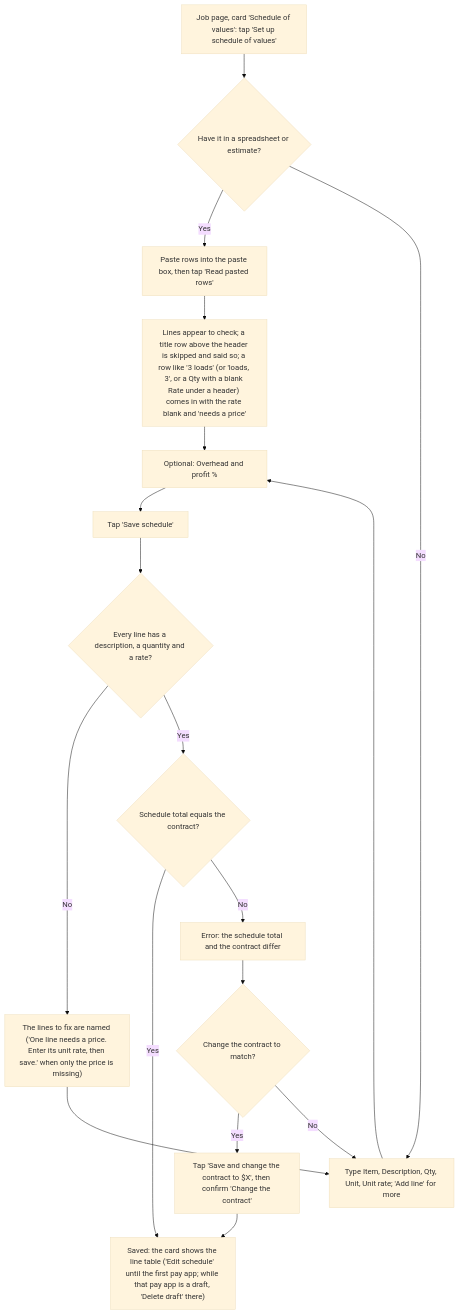
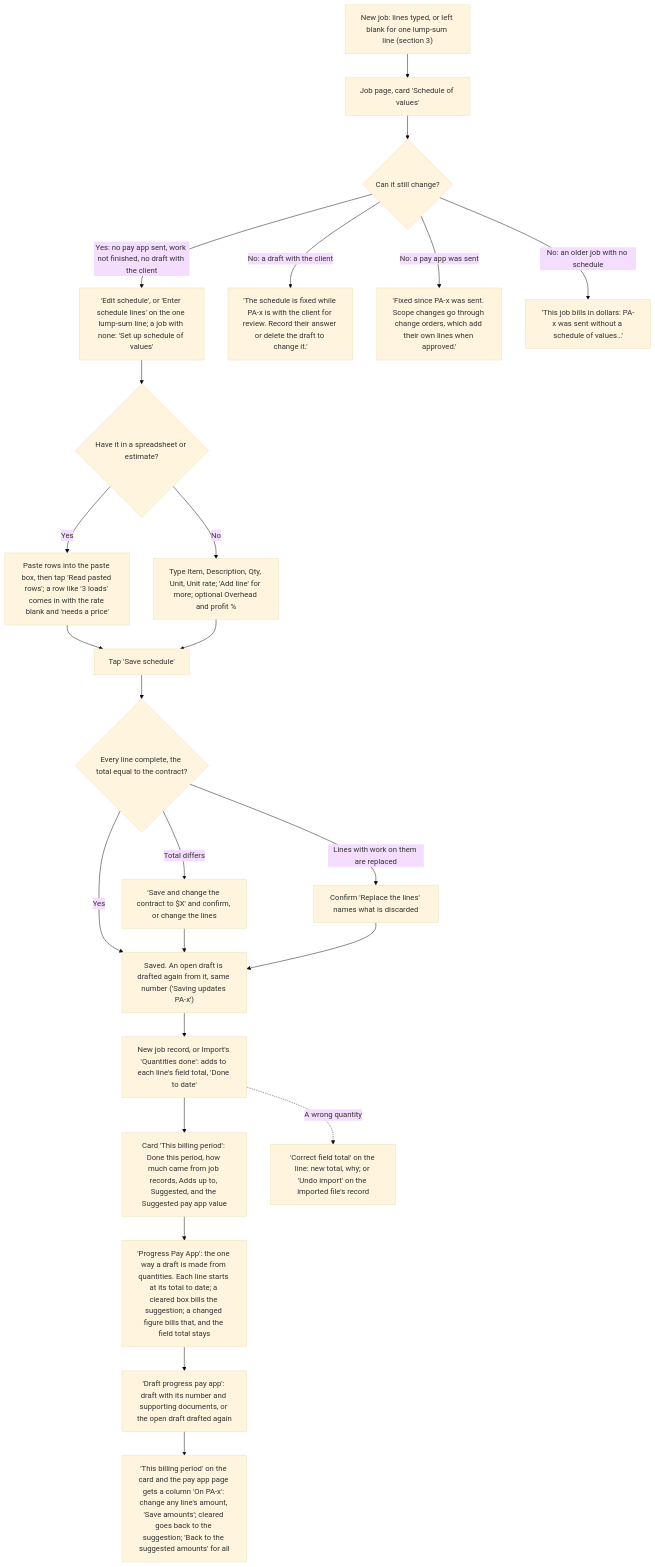
Before and after one commit to cartwrightstephen/billdable: the fourth of 18 diagrams in docs/client-flows.md, drawn with Mermaid (base theme). The commit also changed other lines of this file and 2 other files, not shown here.

First line of the commit message:
Docs brought up to the Nov 3 overhaul: flows, README, manual test

````diff
--- a/docs/client-flows.md
+++ b/docs/client-flows.md
@@ -166,20 +175,26 @@
 ```mermaid
 flowchart TD
-    A["Job page, card 'Schedule of values': tap 'Set up schedule of values'"] --> B{"Have it in a spreadsheet or estimate?"}
-    B -->|"Yes"| C["Paste rows into the paste box, then tap 'Read pasted rows'"]
-    C --> D["Lines appear to check; a title row above the header is skipped and said so; a row like '3 loads' (or 'loads, 3', or a Qty with a blank Rate under a header) comes in with the rate blank and 'needs a price'"]
-    B -->|"No"| E["Type Item, Description, Qty, Unit, Unit rate; 'Add line' for more"]
-    D --> F["Optional: Overhead and profit %"]
-    E --> F
-    F --> G["Tap 'Save schedule'"]
-    G --> H{"Every line has a description, a quantity and a rate?"}
-    H -->|"No"| I["The lines to fix are named ('One line needs a price. Enter its unit rate, then save.' when only the price is missing)"]
-    I --> E
-    H -->|"Yes"| J{"Schedule total equals the contract?"}
-    J -->|"Yes"| K["Saved: the card shows the line table ('Edit schedule' until the first pay app; while that pay app is a draft, 'Delete draft' there)"]
-    J -->|"No"| L["Error: the schedule total and the contract differ"]
-    L --> M{"Change the contract to match?"}
-    M -->|"Yes"| N["Tap 'Save and change the contract to $X', then confirm 'Change the contract'"]
-    M -->|"No"| E
-    N --> K
+    N["New job: lines typed, or left blank for one lump-sum line (section 3)"] --> A["Job page, card 'Schedule of values'"]
+    A --> B{"Can it still change?"}
+    B -->|"Yes: no pay app sent, work not finished, no draft with the client"| B1["'Edit schedule', or 'Enter schedule lines' on the one lump-sum line; a job with none: 'Set up schedule of values'"]
+    B1 --> B2{"Have it in a spreadsheet or estimate?"}
+    B2 -->|"Yes"| C["Paste rows into the paste box, then tap 'Read pasted rows'; a row like '3 loads' comes in with the rate blank and 'needs a price'"]
+    B2 -->|"No"| E["Type Item, Description, Qty, Unit, Unit rate; 'Add line' for more; optional Overhead and profit %"]
+    C --> G
+    E --> G["Tap 'Save schedule'"]
+    G --> H{"Every line complete, the total equal to the contract?"}
+    H -->|"Total differs"| M["'Save and change the contract to $X' and confirm, or change the lines"]
+    H -->|"Lines with work on them are replaced"| L["Confirm 'Replace the lines' names what is discarded"]
+    H -->|"Yes"| K["Saved. An open draft is drafted again from it, same number ('Saving updates PA-x')"]
+    M --> K
+    L --> K
+    B -->|"No: a draft with the client"| B3["'The schedule is fixed while PA-x is with the client for review. Record their answer or delete the draft to change it.'"]
+    B -->|"No: a pay app was sent"| B4["'Fixed since PA-x was sent. Scope changes go through change orders, which add their own lines when approved.'"]
+    B -->|"No: an older job with no schedule"| B5["'This job bills in dollars: PA-x was sent without a schedule of values…'"]
+    K --> F1["New job record, or Import's 'Quantities done': adds to each line's field total, 'Done to date'"]
+    F1 --> P["Card 'This billing period': Done this period, how much came from job records, Adds up to, Suggested, and the Suggested pay app value"]
+    F1 -.->|"A wrong quantity"| FX["'Correct field total' on the line: new total, why; or 'Undo import' on the imported file's record"]
+    P --> D["'Progress Pay App': the one way a draft is made from quantities. Each line starts at its total to date; a cleared box bills the suggestion; a changed figure bills that, and the field total stays"]
+    D --> DR["'Draft progress pay app': draft with its number and supporting documents, or the open draft drafted again"]
+    DR --> AM["'This billing period' on the card and the pay app page gets a column 'On PA-x': change any line's amount, 'Save amounts'; cleared goes back to the suggestion; 'Back to the suggested amounts' for all"]
 ```
````
